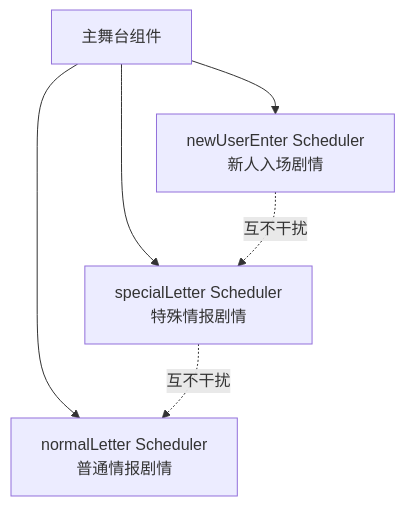
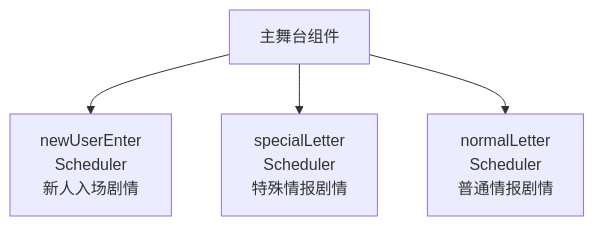
The third of 4 diagrams in content/posts/zh/animation-scheduler-framework.md (TTANF1/yao.me), drawn with Mermaid before and after one commit. The commit also changed 8 other files, not shown here.

Commit message:
feat: 新增文章架构与业务需求的双语支持，优化 Mermaid 渲染与 Markdown 处理

````diff
--- a/content/posts/zh/animation-scheduler-framework.md
+++ b/content/posts/zh/animation-scheduler-framework.md
@@ -237,10 +237,8 @@
 ```mermaid
 flowchart TB
     M[主舞台组件]
-    M --> S1[newUserEnter Scheduler<br/>新人入场剧情]
-    M --> S2[specialLetter Scheduler<br/>特殊情报剧情]
-    M --> S3[normalLetter Scheduler<br/>普通情报剧情]
+    M --> S1[newUserEnter<br/>Scheduler<br/>新人入场剧情]
+    M --> S2[specialLetter<br/>Scheduler<br/>特殊情报剧情]
+    M --> S3[normalLetter<br/>Scheduler<br/>普通情报剧情]
 
-    S1 -.互不干扰.-> S2
-    S2 -.互不干扰.-> S3
 ```
````
